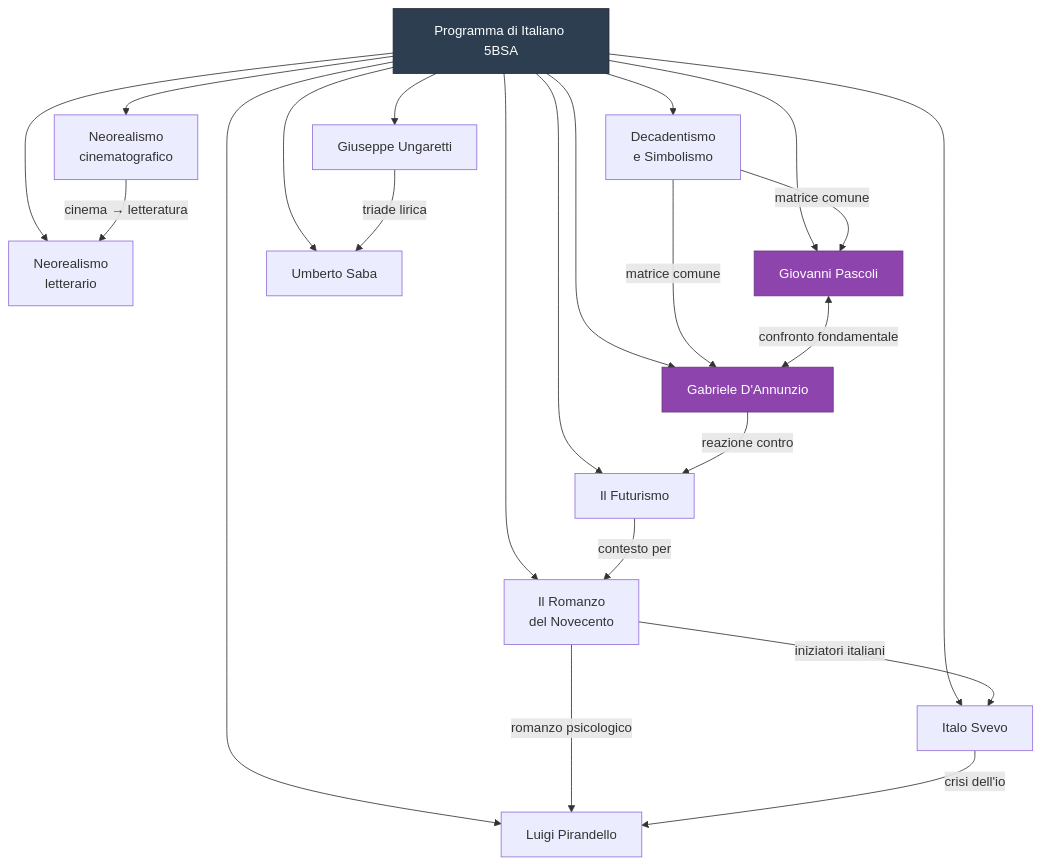
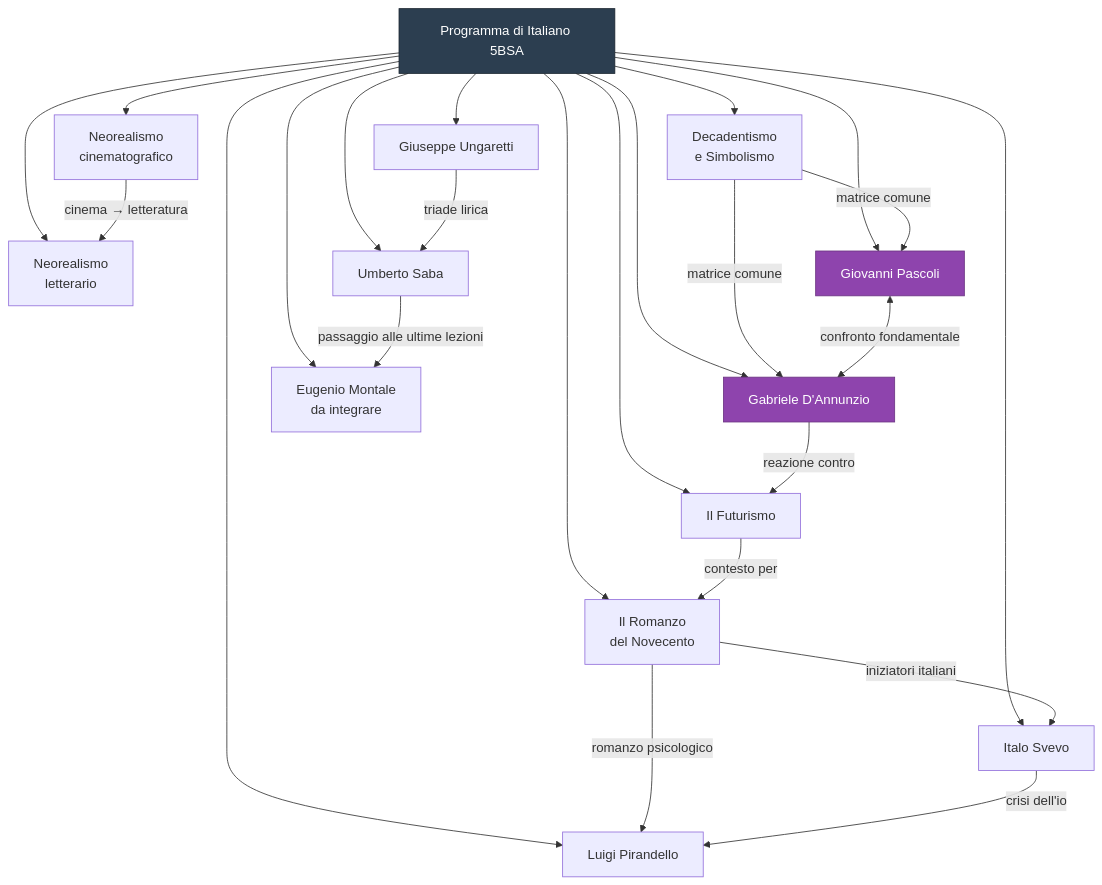
The diagram in italiano/INDICE.md (riccardo-algorime/appunti-5Bsa), drawn with Mermaid before and after one commit. The commit also changed other lines of this file and 14 other files, not shown here.

````diff
--- a/italiano/INDICE.md
+++ b/italiano/INDICE.md
@@ -25,29 +25,31 @@
 ```mermaid
 flowchart TD
     A[Programma di Italiano 5BSA] --> B[Neorealismo<br/>cinematografico]
     A --> C[Neorealismo<br/>letterario]
     A --> D[Decadentismo<br/>e Simbolismo]
     A --> E[Giovanni Pascoli]
     A --> F[Gabriele D'Annunzio]
     A --> G[Il Futurismo]
     A --> H[Il Romanzo<br/>del Novecento]
     A --> I[Italo Svevo]
     A --> J[Luigi Pirandello]
     A --> K[Giuseppe Ungaretti]
     A --> L[Umberto Saba]
+    A --> M[Eugenio Montale<br/>da integrare]
 
     D -->|"matrice comune"| E
     D -->|"matrice comune"| F
     E <-->|"confronto fondamentale"| F
     F -->|"reazione contro"| G
     G -->|"contesto per"| H
     H -->|"iniziatori italiani"| I
     H -->|"romanzo psicologico"| J
     I -->|"crisi dell'io"| J
     K -->|"triade lirica"| L
     B -->|"cinema → letteratura"| C
+    L -->|"passaggio alle ultime lezioni"| M
 
     style A fill:#2c3e50,stroke:#1a252f,color:#fff
     style E fill:#8e44ad,stroke:#6c3483,color:#fff
     style F fill:#8e44ad,stroke:#6c3483,color:#fff
 ```
````
